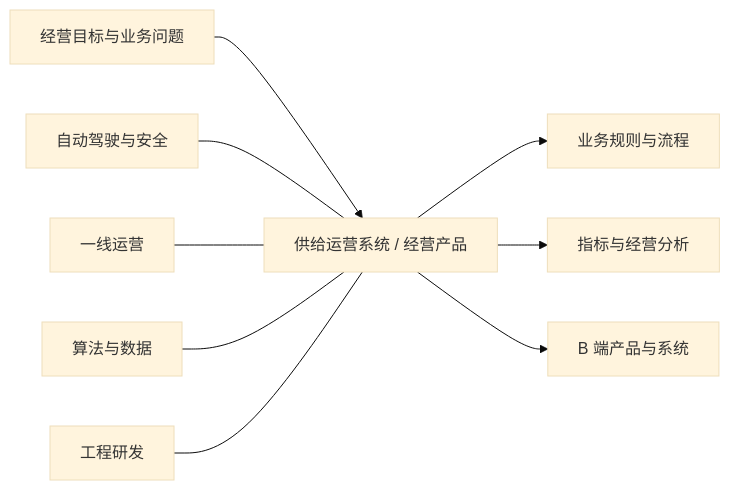
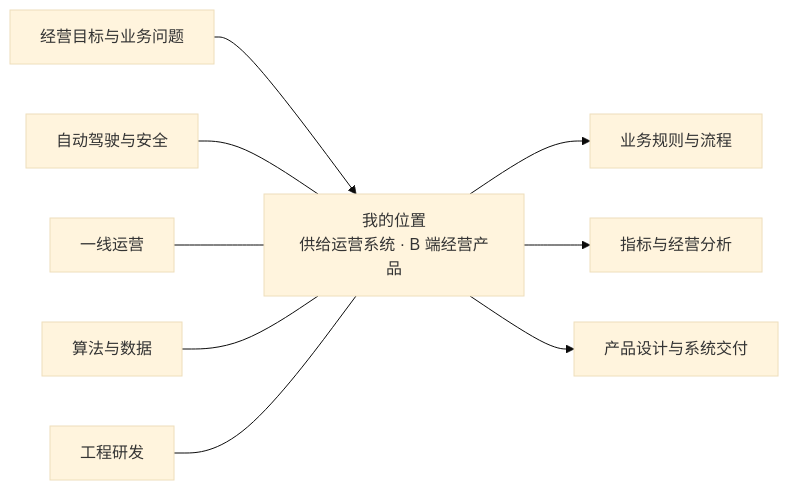
The eighth of 10 diagrams in README.md (Chizheng4/robotaxi), drawn with Mermaid (base theme) before and after one commit. The commit also changed other lines of this file and 16 other files, not shown here.

````diff
--- a/README.md
+++ b/README.md
@@ -100,11 +182,11 @@
 ```mermaid
 flowchart LR
-  A["经营目标与业务问题"] --> B["供给运营系统 / 经营产品"]
+  A["经营目标与业务问题"] --> B["我的位置<br/>供给运营系统 · B 端经营产品"]
   B --> C["业务规则与流程"]
   B --> D["指标与经营分析"]
-  B --> E["B 端产品与系统"]
+  B --> E["产品设计与系统交付"]
   F["自动驾驶与安全"] --- B
   G["一线运营"] --- B
   H["算法与数据"] --- B
   I["工程研发"] --- B
 ```
````
